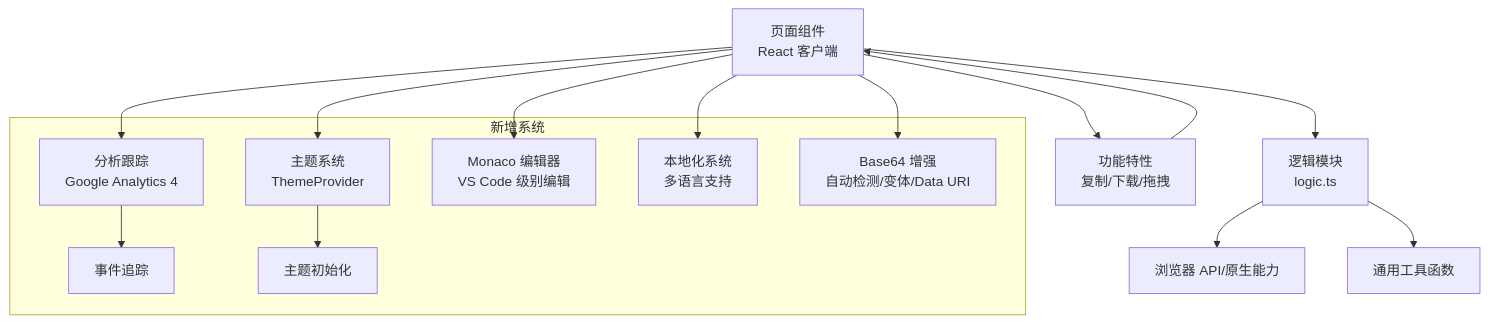
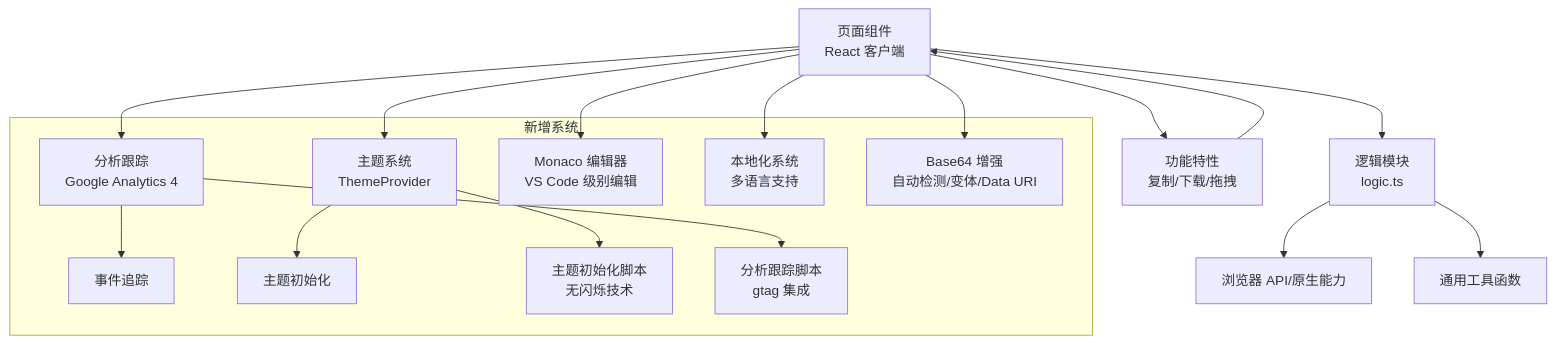
One commit to sgyy/privadeck changed the second of 3 diagrams in .qoder/repowiki/zh/content/开发者工具/开发者工具.md. Above: the diagram before and after it, drawn with Mermaid. The commit also changed other lines of this file and 4 other files, not shown here.

````diff
--- a/.qoder/repowiki/zh/content/开发者工具/开发者工具.md
+++ b/.qoder/repowiki/zh/content/开发者工具/开发者工具.md
@@ -175,20 +181,24 @@
 ```mermaid
 graph TB
 UI["页面组件<br/>React 客户端"] --> LOGIC["逻辑模块<br/>logic.ts"]
 LOGIC --> NATIVE["浏览器 API/原生能力"]
 LOGIC --> UTIL["通用工具函数"]
 subgraph "新增系统"
 ANALYTICS["分析跟踪<br/>Google Analytics 4"] --> TRACK["事件追踪"]
 THEME["主题系统<br/>ThemeProvider"] --> INIT["主题初始化"]
 MONACO["Monaco 编辑器<br/>VS Code 级别编辑"]
 LOCALIZATION["本地化系统<br/>多语言支持"]
 BASE64_ENHANCE["Base64 增强<br/>自动检测/变体/Data URI"]
+THEME_INIT["主题初始化脚本<br/>无闪烁技术"]
+ANALYTICS_SCRIPT["分析跟踪脚本<br/>gtag 集成"]
 end
 UI --> FEAT["功能特性<br/>复制/下载/拖拽"]
 UI --> ANALYTICS
 UI --> THEME
 UI --> MONACO
 UI --> LOCALIZATION
 UI --> BASE64_ENHANCE
 FEAT --> UI
+THEME --> THEME_INIT
+ANALYTICS --> ANALYTICS_SCRIPT
 ```
````
